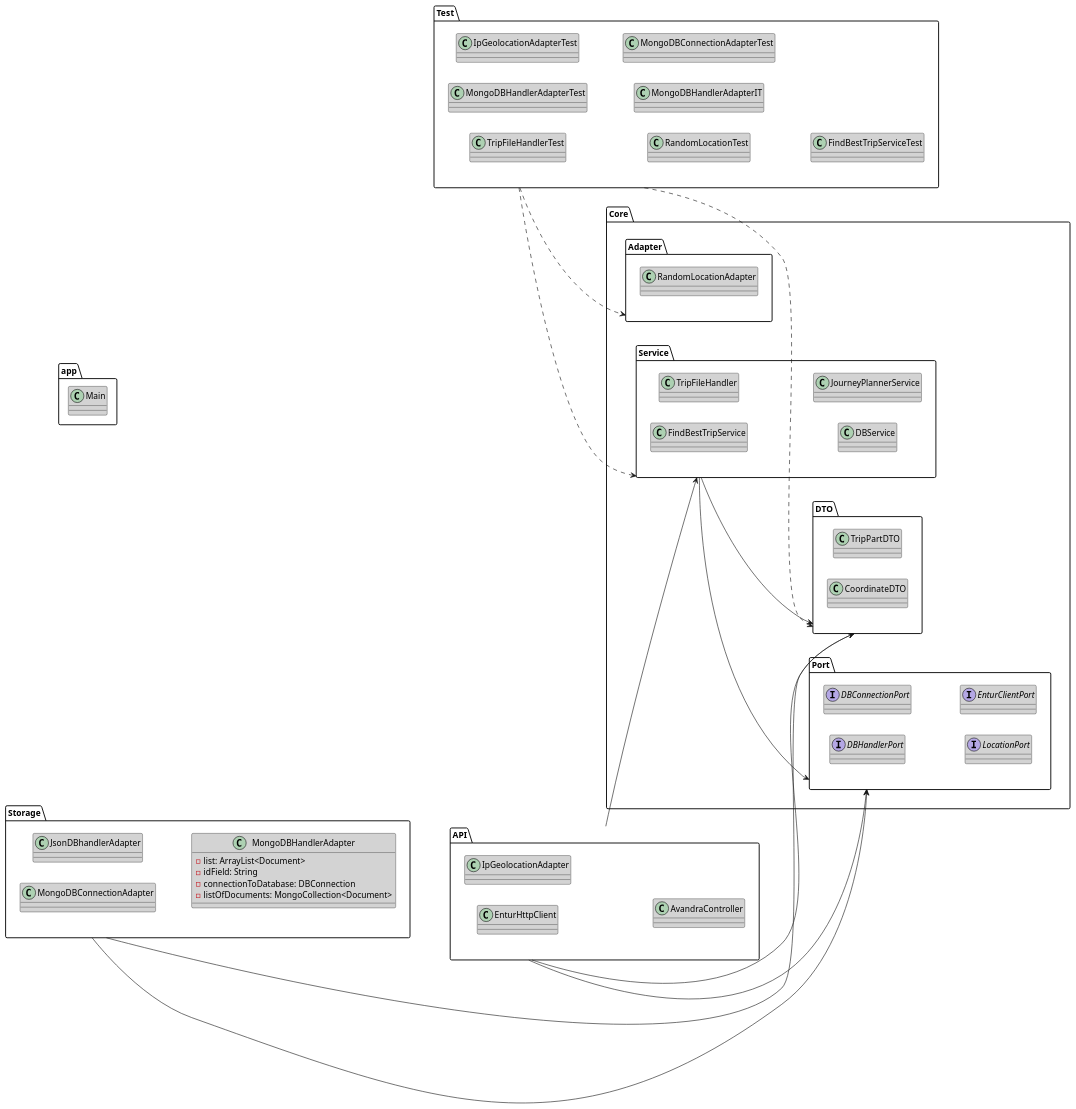
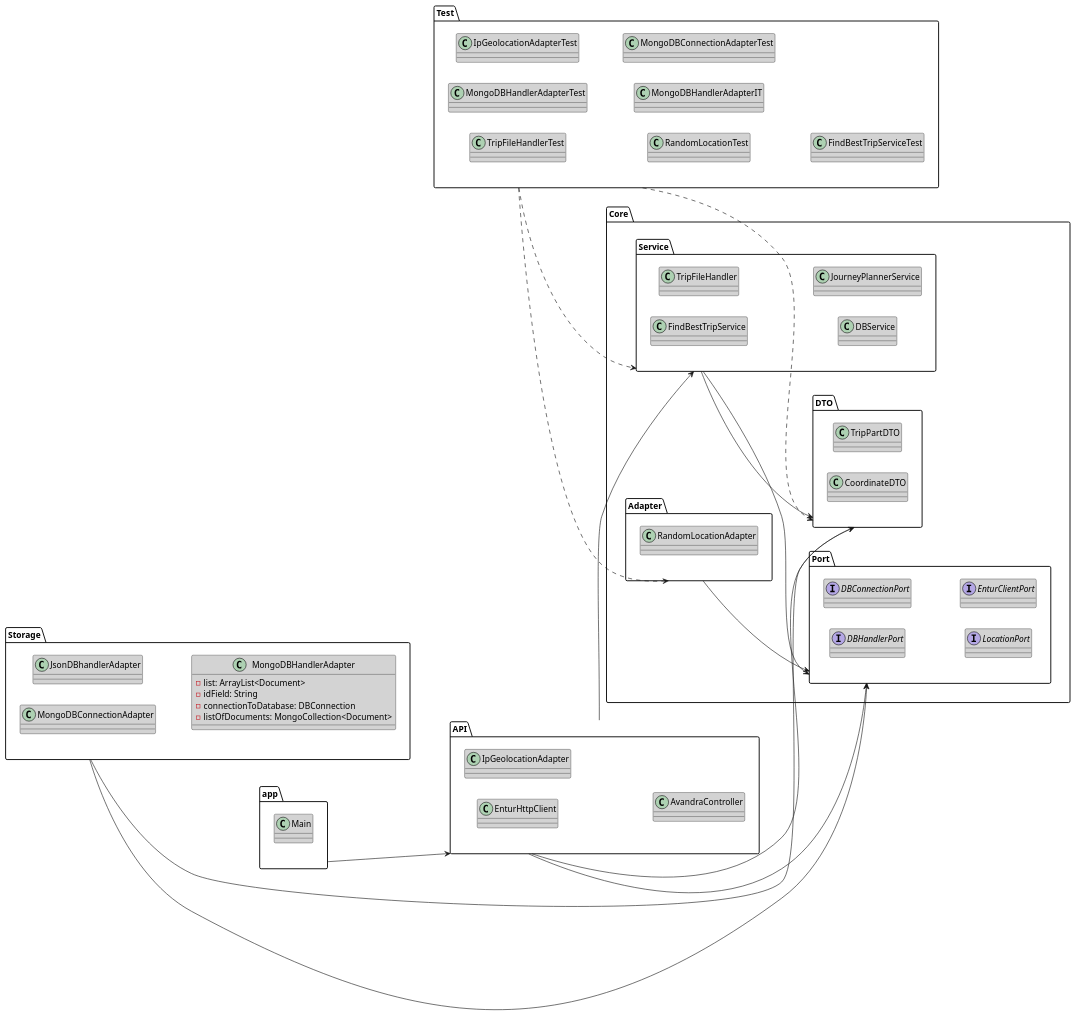
Before and after one commit to ditmann/Software-Gruppe-2: the diagram in PlantUML/System_talking.puml, drawn with PlantUML. The commit also changed 2 other files, not shown here.

Commit message:
ednret på PlantUML

```diff
--- a/PlantUML/System_talking.puml
+++ b/PlantUML/System_talking.puml
@@ -1,88 +1,92 @@
 @startuml
 
 ' https://plantuml.com/class-diagram
 left to right direction
 ' Global Layout Configuration
 skinparam class {
     BorderColor black
     BackgroundColor lightgrey
 }
 
 package "app" {
     class "Main"
 }
 
 package "Core" {
     package "Port" {
         interface "DBHandlerPort" as DBH_Port
         interface "DBConnectionPort" as DBC_Port
         interface "LocationPort" as Loc_Port
         interface "EnturClientPort" as Entur_Port
     }
 
     package "Service" {
         class "FindBestTripService" as FBT_Service
         class "TripFileHandler" as TF_Handler
         class "DBService" as DB_Service
         class "JourneyPlannerService" as JP_Service
     }
 
     package "DTO" {
         class "TripPartDTO" as TP_DTO
         class "CoordinateDTO" as C_DTO
     }
 
     package "Adapter" {
         class "RandomLocationAdapter" as RLA_Adapter
     }
 }
 
 package "Storage" {
     class JsonDBhandlerAdapter {
     }
 
     class MongoDBConnectionAdapter {
     }
 
     class MongoDBHandlerAdapter {
     - list: ArrayList<Document>
     - idField: String
     - connectionToDatabase: DBConnection 
     - listOfDocuments: MongoCollection<Document>
     }
 }
 
 package "API" {
     class "EnturHttpClient"
     class "IpGeolocationAdapter"
     class "AvandraController"
 }
 
 package "Test" {
     class "TripFileHandlerTest"
     class "MongoDBHandlerAdapterTest"
     class "IpGeolocationAdapterTest"
     class "RandomLocationTest"
     class "MongoDBHandlerAdapterIT"
     class "MongoDBConnectionAdapterTest"
     class "FindBestTripServiceTest"
 }
 
 ' Define package-level connections
 
 "API" --> "Port"
 "API" --> "DTO"
 "API" --> "Service"
 
 "Storage" --> "Port"
 "Storage" --> "DTO"
 
 "Service" --> "Port"
 "Service" --> "DTO"
 
 
 "Test" ..> "Adapter"
 "Test" ..> "DTO"
 "Test" ..> "Service"
 
+"Adapter" --> "Port"
+
+"app" --> "API"
+
 @enduml
```
